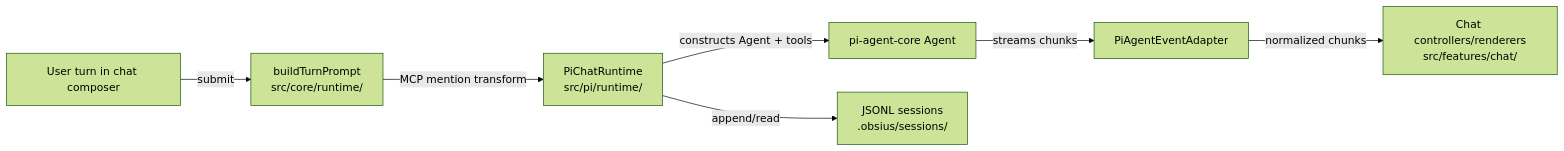
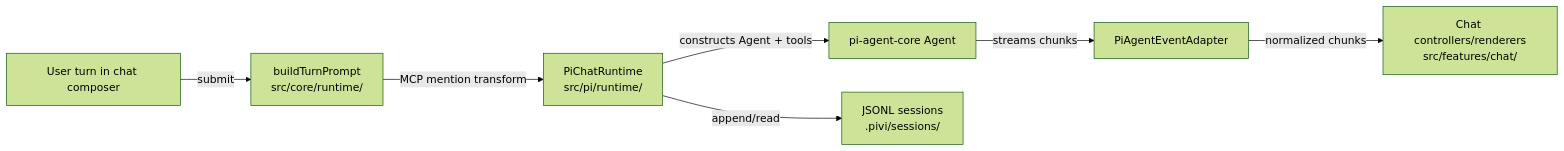
Before and after one commit to shuuul/obsidian-pivi: the second of 2 diagrams in AGENTS.md, drawn with Mermaid (forest theme). The commit also changed other lines of this file and 283 other files, not shown here.

First line of the commit message:
feat(plugin)!: rename Obsius to Pivi

````diff
--- a/AGENTS.md
+++ b/AGENTS.md
@@ -103,9 +103,9 @@
 ```mermaid
 flowchart LR
   User["User turn in chat composer"] -- "submit" --> Turn["buildTurnPrompt<br/>src/core/runtime/"]
   Turn -- "MCP mention transform" --> Runtime["PiChatRuntime<br/>src/pi/runtime/"]
   Runtime -- "constructs Agent + tools" --> Agent["pi-agent-core Agent"]
   Agent -- "streams chunks" --> Adapter["PiAgentEventAdapter"]
   Adapter -- "normalized chunks" --> UI["Chat controllers/renderers<br/>src/features/chat/"]
-  Runtime -- "append/read" --> Session["JSONL sessions<br/>.obsius/sessions/"]
+  Runtime -- "append/read" --> Session["JSONL sessions<br/>.pivi/sessions/"]
 ```
````
